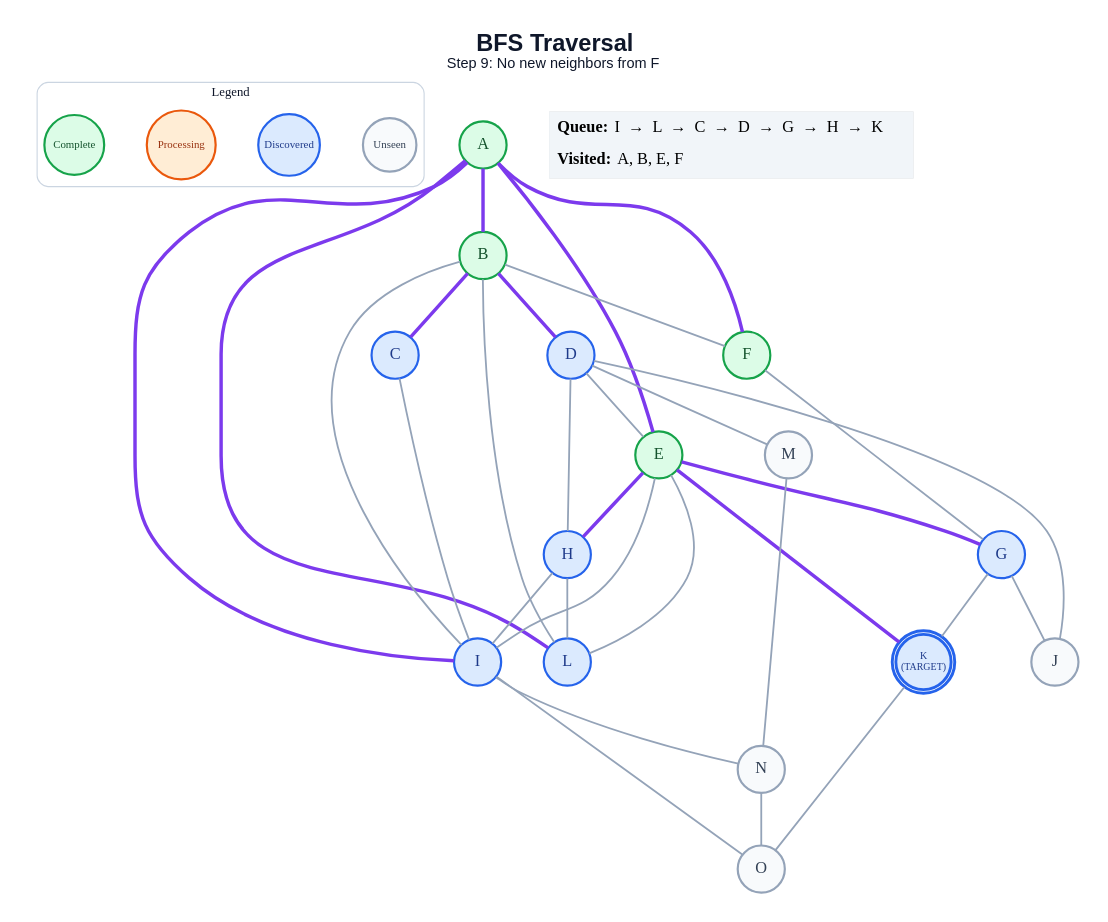
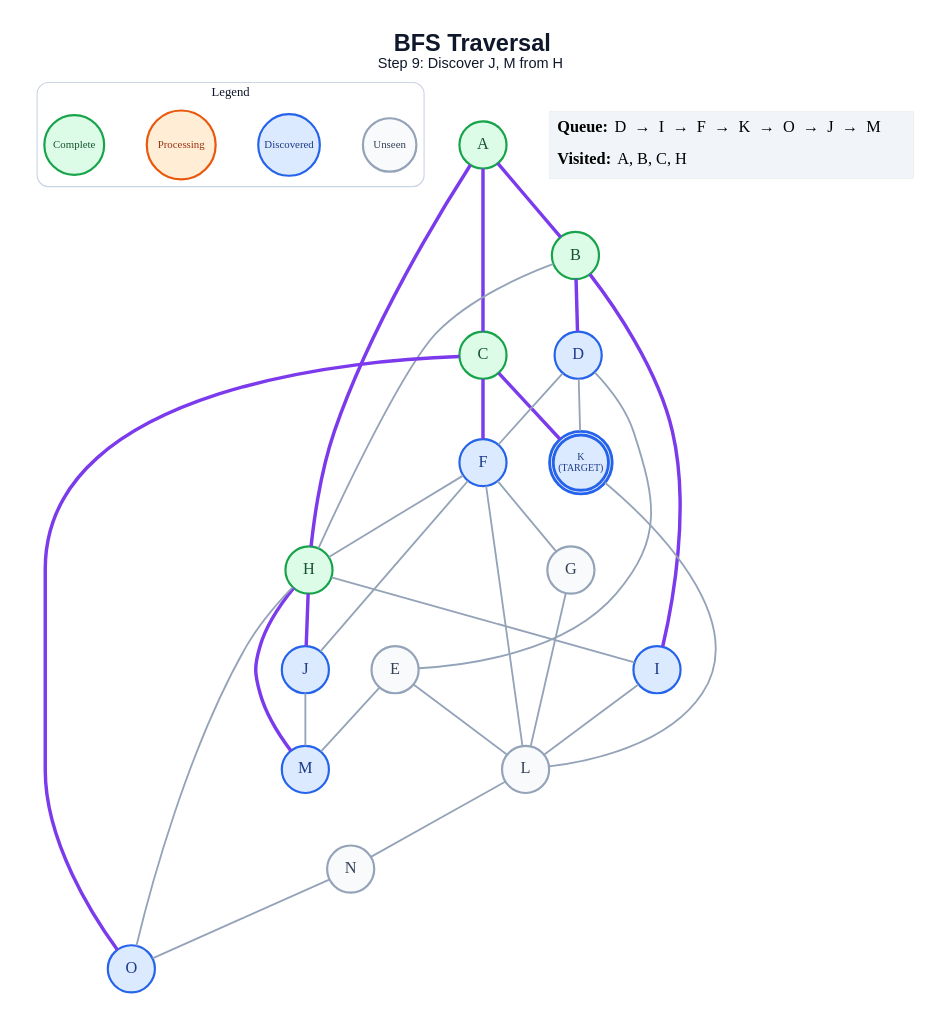
The diagram in generated/specific-node/bfs/step_09.dot (anon7238593-create/ai-slop), drawn with Graphviz before and after one commit. The commit also changed 265 other files, not shown here.

```diff
--- a/generated/specific-node/bfs/step_09.dot
+++ b/generated/specific-node/bfs/step_09.dot
@@ -1,64 +1,62 @@
 graph traversal {
   graph [layout=dot, rankdir=TB, bgcolor="#FFFFFF", pad="0.35", nodesep="0.65", ranksep="0.8", fontname="Arial"];
   node [shape=circle, style="filled", fontname="Arial Bold", fontsize=18, width=0.72, fixedsize=true, penwidth=2.4];
   edge [color="#94A3B8", penwidth=2.0];
-  label=<<B>BFS Traversal</B><BR/><FONT POINT-SIZE="16">Step 9: No new neighbors from F</FONT>>; labelloc="t"; fontsize=26; fontname="Arial"; fontcolor="#0F172A";
+  label=<<B>BFS Traversal</B><BR/><FONT POINT-SIZE="16">Step 9: Discover J, M from H</FONT>>; labelloc="t"; fontsize=26; fontname="Arial"; fontcolor="#0F172A";
   subgraph cluster_legend { label="Legend"; color="#CBD5E1"; penwidth=1.2; style="rounded"; fontsize=14; fontname="Arial Bold";
     key_unseen [label="Unseen", fillcolor="#F8FAFC", color="#94A3B8", fontcolor="#334155", fontsize=12, width=0.82];
     key_frontier [label="Discovered", fillcolor="#DBEAFE", color="#2563EB", fontcolor="#1E3A8A", fontsize=12, width=0.95];
     key_current [label="Processing", fillcolor="#FFEDD5", color="#EA580C", fontcolor="#9A3412", fontsize=12, width=1.05];
     key_done [label="Complete", fillcolor="#DCFCE7", color="#16A34A", fontcolor="#14532D", fontsize=12, width=0.92];
     { rank=same; key_unseen; key_frontier; key_current; key_done; }
   }
   A [label="A", fillcolor="#DCFCE7", color="#16A34A", fontcolor="#14532D", peripheries=1, penwidth=2.4];
   B [label="B", fillcolor="#DCFCE7", color="#16A34A", fontcolor="#14532D", peripheries=1, penwidth=2.4];
-  C [label="C", fillcolor="#DBEAFE", color="#2563EB", fontcolor="#1E3A8A", peripheries=1, penwidth=2.4];
+  C [label="C", fillcolor="#DCFCE7", color="#16A34A", fontcolor="#14532D", peripheries=1, penwidth=2.4];
   D [label="D", fillcolor="#DBEAFE", color="#2563EB", fontcolor="#1E3A8A", peripheries=1, penwidth=2.4];
-  E [label="E", fillcolor="#DCFCE7", color="#16A34A", fontcolor="#14532D", peripheries=1, penwidth=2.4];
-  F [label="F", fillcolor="#DCFCE7", color="#16A34A", fontcolor="#14532D", peripheries=1, penwidth=2.4];
-  G [label="G", fillcolor="#DBEAFE", color="#2563EB", fontcolor="#1E3A8A", peripheries=1, penwidth=2.4];
-  H [label="H", fillcolor="#DBEAFE", color="#2563EB", fontcolor="#1E3A8A", peripheries=1, penwidth=2.4];
+  E [label="E", fillcolor="#F8FAFC", color="#94A3B8", fontcolor="#334155", peripheries=1, penwidth=2.4];
+  F [label="F", fillcolor="#DBEAFE", color="#2563EB", fontcolor="#1E3A8A", peripheries=1, penwidth=2.4];
+  G [label="G", fillcolor="#F8FAFC", color="#94A3B8", fontcolor="#334155", peripheries=1, penwidth=2.4];
+  H [label="H", fillcolor="#DCFCE7", color="#16A34A", fontcolor="#14532D", peripheries=1, penwidth=2.4];
   I [label="I", fillcolor="#DBEAFE", color="#2563EB", fontcolor="#1E3A8A", peripheries=1, penwidth=2.4];
-  J [label="J", fillcolor="#F8FAFC", color="#94A3B8", fontcolor="#334155", peripheries=1, penwidth=2.4];
+  J [label="J", fillcolor="#DBEAFE", color="#2563EB", fontcolor="#1E3A8A", peripheries=1, penwidth=2.4];
   K [label="K\n(TARGET)", fillcolor="#DBEAFE", color="#2563EB", fontcolor="#1E3A8A", peripheries=2, penwidth=3.2, fontsize=11, width=0.85, height=0.85];
-  L [label="L", fillcolor="#DBEAFE", color="#2563EB", fontcolor="#1E3A8A", peripheries=1, penwidth=2.4];
-  M [label="M", fillcolor="#F8FAFC", color="#94A3B8", fontcolor="#334155", peripheries=1, penwidth=2.4];
+  L [label="L", fillcolor="#F8FAFC", color="#94A3B8", fontcolor="#334155", peripheries=1, penwidth=2.4];
+  M [label="M", fillcolor="#DBEAFE", color="#2563EB", fontcolor="#1E3A8A", peripheries=1, penwidth=2.4];
   N [label="N", fillcolor="#F8FAFC", color="#94A3B8", fontcolor="#334155", peripheries=1, penwidth=2.4];
-  O [label="O", fillcolor="#F8FAFC", color="#94A3B8", fontcolor="#334155", peripheries=1, penwidth=2.4];
+  O [label="O", fillcolor="#DBEAFE", color="#2563EB", fontcolor="#1E3A8A", peripheries=1, penwidth=2.4];
   A -- B [color="#7C3AED", penwidth=3.8];
-  A -- E [color="#7C3AED", penwidth=3.8];
-  A -- F [color="#7C3AED", penwidth=3.8];
-  A -- I [color="#7C3AED", penwidth=3.8];
-  A -- L [color="#7C3AED", penwidth=3.8];
-  B -- C [color="#7C3AED", penwidth=3.8];
+  A -- C [color="#7C3AED", penwidth=3.8];
+  A -- H [color="#7C3AED", penwidth=3.8];
   B -- D [color="#7C3AED", penwidth=3.8];
-  B -- F;
-  B -- I;
-  B -- L;
-  C -- I;
+  B -- H;
+  B -- I [color="#7C3AED", penwidth=3.8];
+  C -- F [color="#7C3AED", penwidth=3.8];
+  C -- K [color="#7C3AED", penwidth=3.8];
+  C -- O [color="#7C3AED", penwidth=3.8];
   D -- E;
-  D -- H;
-  D -- J;
-  D -- M;
-  E -- G [color="#7C3AED", penwidth=3.8];
-  E -- H [color="#7C3AED", penwidth=3.8];
-  E -- I;
-  E -- K [color="#7C3AED", penwidth=3.8];
+  D -- F;
+  D -- K;
   E -- L;
+  E -- M;
   F -- G;
-  G -- J;
-  G -- K;
+  F -- H;
+  F -- J;
+  F -- L;
+  G -- L;
   H -- I;
-  H -- L;
-  I -- N;
-  I -- O;
-  K -- O;
-  M -- N;
+  H -- J [color="#7C3AED", penwidth=3.8];
+  H -- M [color="#7C3AED", penwidth=3.8];
+  H -- O;
+  I -- L;
+  J -- M;
+  K -- L;
+  L -- N;
   N -- O;
   status [shape=plain, fixedsize=false, width=0, height=0, margin=0, label=<
     <TABLE BORDER="0" CELLBORDER="0" CELLPADDING="7" BGCOLOR="#F1F5F9">
-      <TR><TD ALIGN="LEFT"><B>Queue:</B> I  →  L  →  C  →  D  →  G  →  H  →  K</TD></TR>
-      <TR><TD ALIGN="LEFT"><B>Visited:</B> A, B, E, F</TD></TR>
+      <TR><TD ALIGN="LEFT"><B>Queue:</B> D  →  I  →  F  →  K  →  O  →  J  →  M</TD></TR>
+      <TR><TD ALIGN="LEFT"><B>Visited:</B> A, B, C, H</TD></TR>
     </TABLE>
   >];
 }
```
